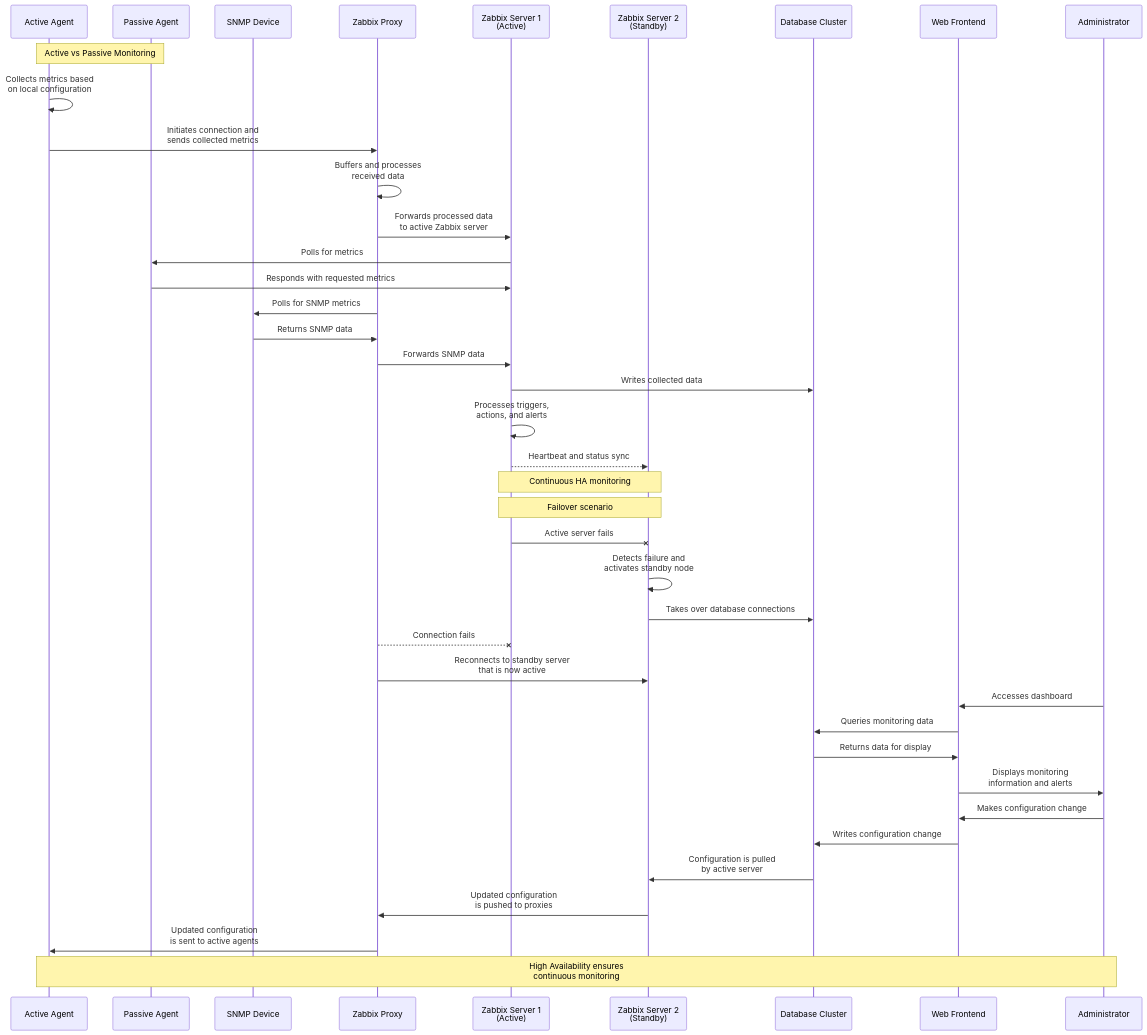
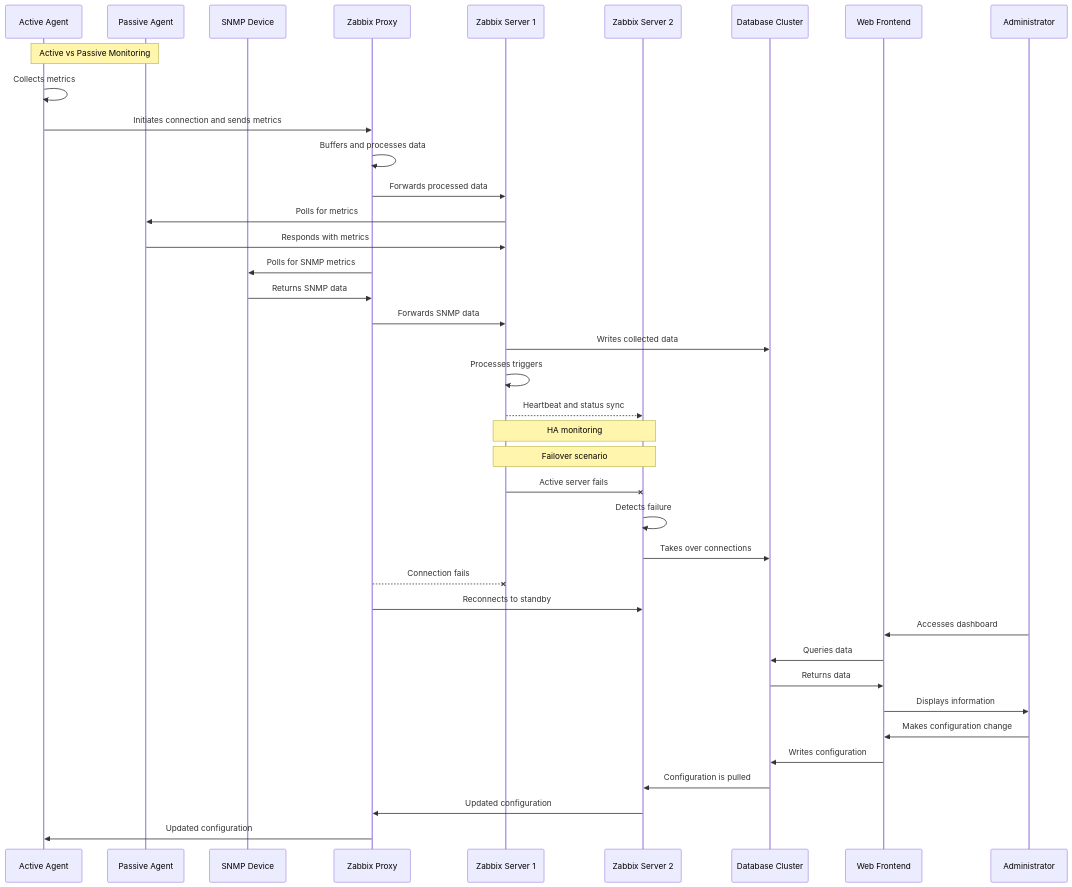
One commit to mariatesttalvik/monitoring changed the fourth of 6 diagrams in docs/materials/lectures/Zabbix/zabbix.md. Above: the diagram before and after it, drawn with Mermaid. The commit also changed other lines of this file and 63 other files, not shown here.

Commit message:
mermaid fix

````diff
--- a/docs/materials/lectures/Zabbix/zabbix.md
+++ b/docs/materials/lectures/Zabbix/zabbix.md
@@ -1101,60 +1103,50 @@
-```mermaid
+<div class="mermaid">
 sequenceDiagram
     participant AA as Active Agent
     participant PA as Passive Agent
     participant SD as SNMP Device
     participant ZP as Zabbix Proxy
-    participant ZS1 as Zabbix Server 1<br>(Active)
-    participant ZS2 as Zabbix Server 2<br>(Standby)
+    participant ZS1 as Zabbix Server 1
+    participant ZS2 as Zabbix Server 2
     participant DB as Database Cluster
     participant WEB as Web Frontend
     participant ADM as Administrator
     
     Note over AA,PA: Active vs Passive Monitoring
     
-    %% Active Agent flow
-    AA->>AA: Collects metrics based<br>on local configuration
-    AA->>ZP: Initiates connection and<br>sends collected metrics
-    ZP->>ZP: Buffers and processes<br>received data
-    ZP->>ZS1: Forwards processed data<br>to active Zabbix server
+    AA->>AA: Collects metrics
+    AA->>ZP: Initiates connection and sends metrics
+    ZP->>ZP: Buffers and processes data
+    ZP->>ZS1: Forwards processed data
     
-    %% Passive Agent flow
     ZS1->>PA: Polls for metrics
-    PA->>ZS1: Responds with requested metrics
+    PA->>ZS1: Responds with metrics
     
-    %% SNMP monitoring flow
     ZP->>SD: Polls for SNMP metrics
     SD->>ZP: Returns SNMP data
     ZP->>ZS1: Forwards SNMP data
     
-    %% Server processing
     ZS1->>DB: Writes collected data
-    ZS1->>ZS1: Processes triggers,<br>actions, and alerts
+    ZS1->>ZS1: Processes triggers
     
-    %% HA Synchronization
     ZS1-->>ZS2: Heartbeat and status sync
-    Note over ZS1,ZS2: Continuous HA monitoring
+    Note over ZS1,ZS2: HA monitoring
     
-    %% Failover scenario
     Note over ZS1,ZS2: Failover scenario
     ZS1-xZS2: Active server fails
-    ZS2->>ZS2: Detects failure and<br>activates standby node
-    ZS2->>DB: Takes over database connections
+    ZS2->>ZS2: Detects failure
+    ZS2->>DB: Takes over connections
     ZP--xZS1: Connection fails
-    ZP->>ZS2: Reconnects to standby server<br>that is now active
+    ZP->>ZS2: Reconnects to standby
     
-    %% Admin interaction
     ADM->>WEB: Accesses dashboard
-    WEB->>DB: Queries monitoring data
-    DB->>WEB: Returns data for display
-    WEB->>ADM: Displays monitoring<br>information and alerts
+    WEB->>DB: Queries data
+    DB->>WEB: Returns data
+    WEB->>ADM: Displays information
     
-    %% Configuration change
     ADM->>WEB: Makes configuration change
-    WEB->>DB: Writes configuration change
-    DB->>ZS2: Configuration is pulled<br>by active server
-    ZS2->>ZP: Updated configuration<br>is pushed to proxies
-    ZP->>AA: Updated configuration<br>is sent to active agents
-    
-    Note over AA,ADM: High Availability ensures<br>continuous monitoring
-```
+    WEB->>DB: Writes configuration
+    DB->>ZS2: Configuration is pulled
+    ZS2->>ZP: Updated configuration
+    ZP->>AA: Updated configuration
+</div>
````
